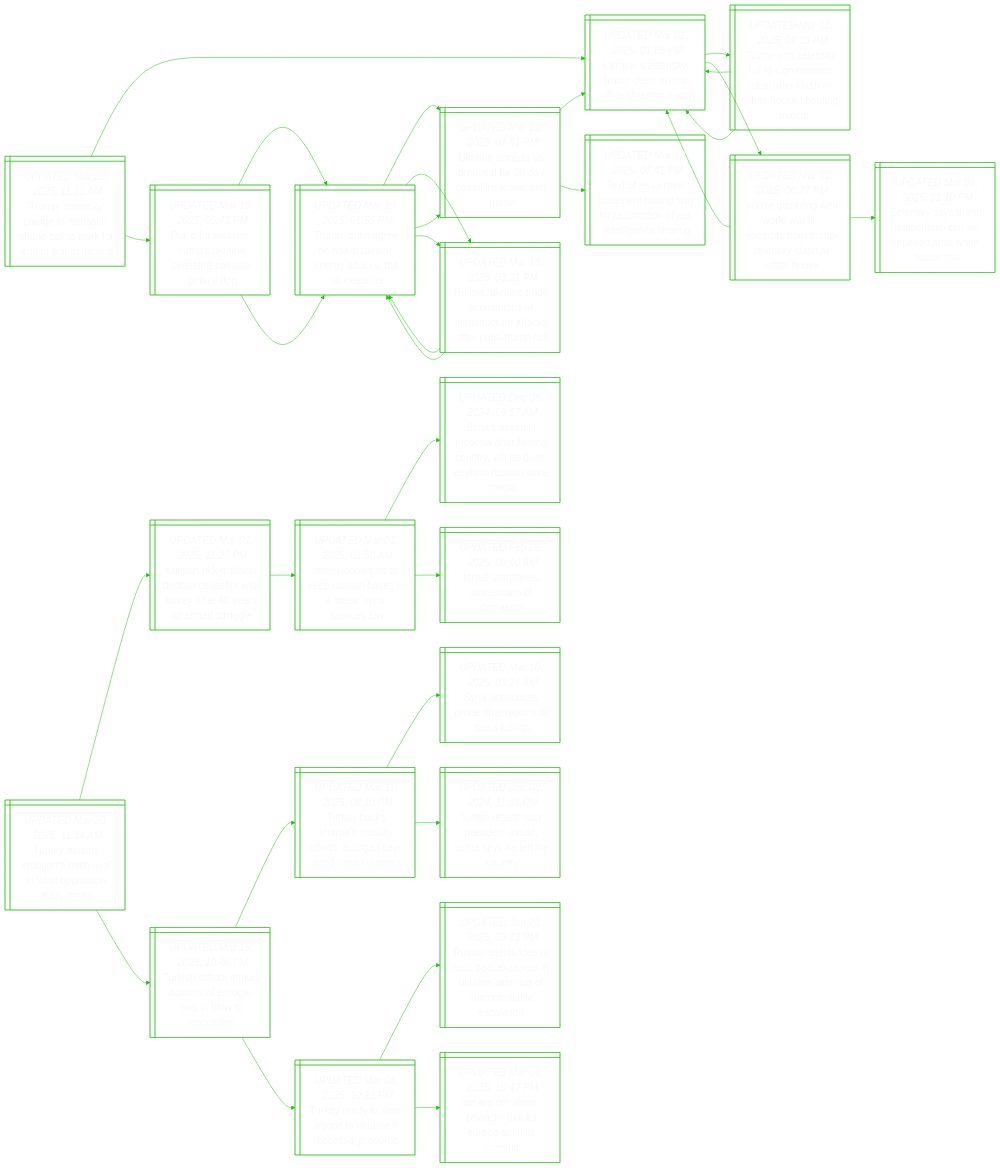
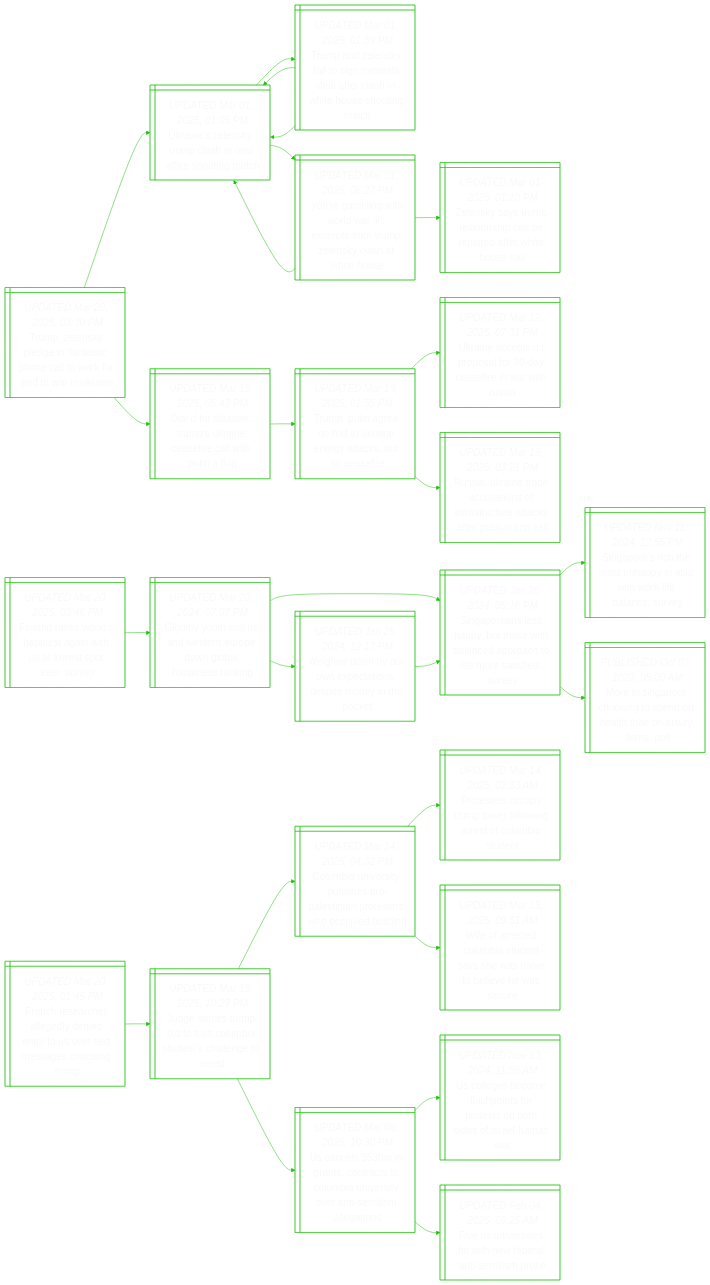
Before and after one commit to notJmes/notJmes: the diagram in README.md, drawn with Mermaid. The commit also changed other lines of this file, not shown here.

````diff
--- a/README.md
+++ b/README.md
@@ -16,7 +16,7 @@
 flowchart LR
 classDef txtsize font-size:20px;
 
-TZsenapcofdrr@{ shape: win-pane, label: "_UPDATED Mar 20, 2025, 11:30 AM_
+TZsenapcofdrr@{ shape: win-pane, label: "_UPDATED Mar 20, 2025, 03:30 PM_
 Trump, zelensky pledge in ‘fantastic’ phone call to work for end to war in ukraine" }
 Unlyphaiogh@{ shape: win-pane, label: "_UPDATED Mar 01, 2025, 01:05 PM_
 Ukraine’s zelensky, trump clash in oval office shouting match" }
@@ -53,66 +53,51 @@
 TPaotreyctar:::txtsize --> UneSoocfnis:::txtsize
 TPaotreyctar:::txtsize --> Raiacifacakeiml:::txtsize
 
-Dfsrpaeilhnp@{ shape: win-pane, label: "_UPDATED Mar 19, 2025, 05:43 PM_
-Dial d for disaster: trump’s ukraine ceasefire call with putin a flop" }
-TPaotreyctar@{ shape: win-pane, label: "_UPDATED Mar 19, 2025, 01:55 PM_
-Trump, putin agree on halt in ukraine energy attacks, but no ceasefire" }
-UneSoocfnis@{ shape: win-pane, label: "_UPDATED Mar 12, 2025, 07:31 PM_
-Ukraine accepts us proposal for 30-day ceasefire in war with russia" }
-Unlyphaiogh@{ shape: win-pane, label: "_UPDATED Mar 01, 2025, 01:05 PM_
-Ukraine’s zelensky, trump clash in oval office shouting match" }
-Tfrsmawrmndlna@{ shape: win-pane, label: "_UPDATED Mar 12, 2025, 07:41 PM_
-Text of us-ukraine statement paving way for resumption of aid, intelligence sharing" }
-Raiacifacakeiml@{ shape: win-pane, label: "_UPDATED Mar 19, 2025, 03:21 PM_
-Russia, ukraine trade accusations of infrastructure attacks after putin-trump call" }
-TPaotreyctar@{ shape: win-pane, label: "_UPDATED Mar 19, 2025, 01:55 PM_
-Trump, putin agree on halt in ukraine energy attacks, but no ceasefire" }
-TPaotreyctar@{ shape: win-pane, label: "_UPDATED Mar 19, 2025, 01:55 PM_
-Trump, putin agree on halt in ukraine energy attacks, but no ceasefire" }
+FnklptnUosvr@{ shape: win-pane, label: "_UPDATED Mar 20, 2025, 03:46 PM_
+Finland ranks world’s happiest again with us at lowest spot ever: survey" }
+GyhUWrowbpsk@{ shape: win-pane, label: "_UPDATED Mar 20, 2024, 07:07 PM_
+Gloomy youth pull us and western europe down global happiness ranking" }
+Spnsyhildoomair@{ shape: win-pane, label: "_UPDATED Jan 26, 2024, 05:16 PM_
+Singaporeans less happy, but those with balanced approach to life more satisfied: survey" }
+SprhtpAirenr@{ shape: win-pane, label: "_UPDATED Nov 11, 2024, 12:55 PM_
+Singapore’s rich the most unhappy in asia with work-life balance: survey" }
+MnacisolauiP@{ shape: win-pane, label: "_PUBLISHED Oct 07, 2023, 05:00 AM_
+More in singapore choosing to spend on health than on luxury items: poll" }
+Wenrxasintc@{ shape: win-pane, label: "_UPDATED Jan 25, 2024, 12:17 PM_
+Weighed down by our own expectations, despite money in the pocket" }
+Spnsyhildoomair@{ shape: win-pane, label: "_UPDATED Jan 26, 2024, 05:16 PM_
+Singaporeans less happy, but those with balanced approach to life more satisfied: survey" }
 
-Dfsrpaeilhnp:::txtsize --> TPaotreyctar:::txtsize
-TPaotreyctar:::txtsize --> UneSoocfnis:::txtsize
-UneSoocfnis:::txtsize --> Unlyphaiogh:::txtsize
-UneSoocfnis:::txtsize --> Tfrsmawrmndlna:::txtsize
-TPaotreyctar:::txtsize --> Raiacifacakeiml:::txtsize
-Raiacifacakeiml:::txtsize --> TPaotreyctar:::txtsize
-Raiacifacakeiml:::txtsize --> TPaotreyctar:::txtsize
+FnklptnUosvr:::txtsize --> GyhUWrowbpsk:::txtsize
+GyhUWrowbpsk:::txtsize --> Spnsyhildoomair:::txtsize
+Spnsyhildoomair:::txtsize --> SprhtpAirenr:::txtsize
+Spnsyhildoomair:::txtsize --> MnacisolauiP:::txtsize
+GyhUWrowbpsk:::txtsize --> Wenrxasintc:::txtsize
+Wenrxasintc:::txtsize --> Spnsyhildoomair:::txtsize
 
-Tyidsritsns@{ shape: win-pane, label: "_UPDATED Mar 20, 2025, 11:34 AM_
-Turkey detains erdogan’s main rival in what opposition calls ‘coup’" }
-Ksmaeeewuayoeu@{ shape: win-pane, label: "_UPDATED Mar 01, 2025, 11:23 PM_
-Kurdish pkk militants declare ceasefire with turkey after 40 years of armed struggle" }
-IlitpisaSse@{ shape: win-pane, label: "_UPDATED Mar 01, 2025, 01:50 AM_
-Israel lobbies us to keep russian bases in a ‘weak’ syria, sources say" }
-SsdsflgtlisRati@{ shape: win-pane, label: "_UPDATED Dec 09, 2024, 09:57 AM_
-Syria’s assad in moscow after fleeing country, will be given asylum: russian state media" }
-Ilpsktau@{ shape: win-pane, label: "_UPDATED Feb 26, 2025, 09:40 AM_
-Israeli warplanes strike south of damascus" }
-Tsoniadriwpi@{ shape: win-pane, label: "_UPDATED Mar 19, 2025, 10:46 PM_
-Turkish school annuls diploma of erdogan rival in blow to opposition" }
-Tysaatornayvn@{ shape: win-pane, label: "_UPDATED Mar 11, 2025, 08:10 PM_
-Turkey backs sharaa’s stability efforts, erdogan says amid syrian violence" }
-Sanrfessl@{ shape: win-pane, label: "_UPDATED Mar 10, 2025, 03:27 AM_
-Syria announces probe after reports of mass killings" }
-SnltiARahtoy@{ shape: win-pane, label: "_UPDATED Dec 08, 2024, 11:38 PM_
-Syrian rebels oust president assad; russia says he left the country" }
-TyynoUneau@{ shape: win-pane, label: "_UPDATED Mar 06, 2025, 10:22 PM_
-Turkey ready to send troops to ukraine if necessary: source" }
-Raceaaeiaagcolao@{ shape: win-pane, label: "_UPDATED Jan 23, 2025, 09:13 PM_
-Russia rejects idea of nato peacekeepers in ukraine, warning of ‘uncontrollable escalation’" }
-Wnolykocsi@{ shape: win-pane, label: "_UPDATED Mar 06, 2025, 10:42 PM_
-‘we are not alone’: zelensky thanks europe at crisis summit" }
+Fhargddyoessinm@{ shape: win-pane, label: "_UPDATED Mar 20, 2025, 01:45 PM_
+French researcher allegedly denied entry to us over text messages criticising trump" }
+JdspoCbuslte@{ shape: win-pane, label: "_UPDATED Mar 19, 2025, 10:29 PM_
+Judge denies trump bid to toss columbia student’s challenge to arrest" }
+Cbiinsaipswcdd@{ shape: win-pane, label: "_UPDATED Mar 14, 2025, 04:32 PM_
+Columbia university punishes pro-palestinian protesters who occupied building" }
+Psoyproatlae@{ shape: win-pane, label: "_UPDATED Mar 14, 2025, 02:33 AM_
+Protesters occupy trump tower following arrest of columbia student" }
+Wfsoidaeaoewc@{ shape: win-pane, label: "_UPDATED Mar 13, 2025, 09:51 AM_
+Wife of arrested columbia student says she was naive to believe he was secure" }
+UcinntoivtrSili@{ shape: win-pane, label: "_UPDATED Mar 08, 2025, 10:30 PM_
+Us cancels $530m in grants, contracts to columbia university over anti-semitism allegations" }
+Ulbehtpsbifea@{ shape: win-pane, label: "_UPDATED Nov 13, 2024, 11:59 AM_
+Us colleges become flashpoints for protests on both sides of israel-hamas war" }
+FSeitndaesb@{ shape: win-pane, label: "_UPDATED Feb 04, 2025, 09:25 AM_
+Five us universities hit with new federal anti-semitism probe" }
 
-Tyidsritsns:::txtsize --> Ksmaeeewuayoeu:::txtsize
-Ksmaeeewuayoeu:::txtsize --> IlitpisaSse:::txtsize
-IlitpisaSse:::txtsize --> SsdsflgtlisRati:::txtsize
-IlitpisaSse:::txtsize --> Ilpsktau:::txtsize
-Tyidsritsns:::txtsize --> Tsoniadriwpi:::txtsize
-Tsoniadriwpi:::txtsize --> Tysaatornayvn:::txtsize
-Tysaatornayvn:::txtsize --> Sanrfessl:::txtsize
-Tysaatornayvn:::txtsize --> SnltiARahtoy:::txtsize
-Tsoniadriwpi:::txtsize --> TyynoUneau:::txtsize
-TyynoUneau:::txtsize --> Raceaaeiaagcolao:::txtsize
-TyynoUneau:::txtsize --> Wnolykocsi:::txtsize
+Fhargddyoessinm:::txtsize --> JdspoCbuslte:::txtsize
+JdspoCbuslte:::txtsize --> Cbiinsaipswcdd:::txtsize
+Cbiinsaipswcdd:::txtsize --> Psoyproatlae:::txtsize
+Cbiinsaipswcdd:::txtsize --> Wfsoidaeaoewc:::txtsize
+JdspoCbuslte:::txtsize --> UcinntoivtrSili:::txtsize
+UcinntoivtrSili:::txtsize --> Ulbehtpsbifea:::txtsize
+UcinntoivtrSili:::txtsize --> FSeitndaesb:::txtsize
 
 ```
````
